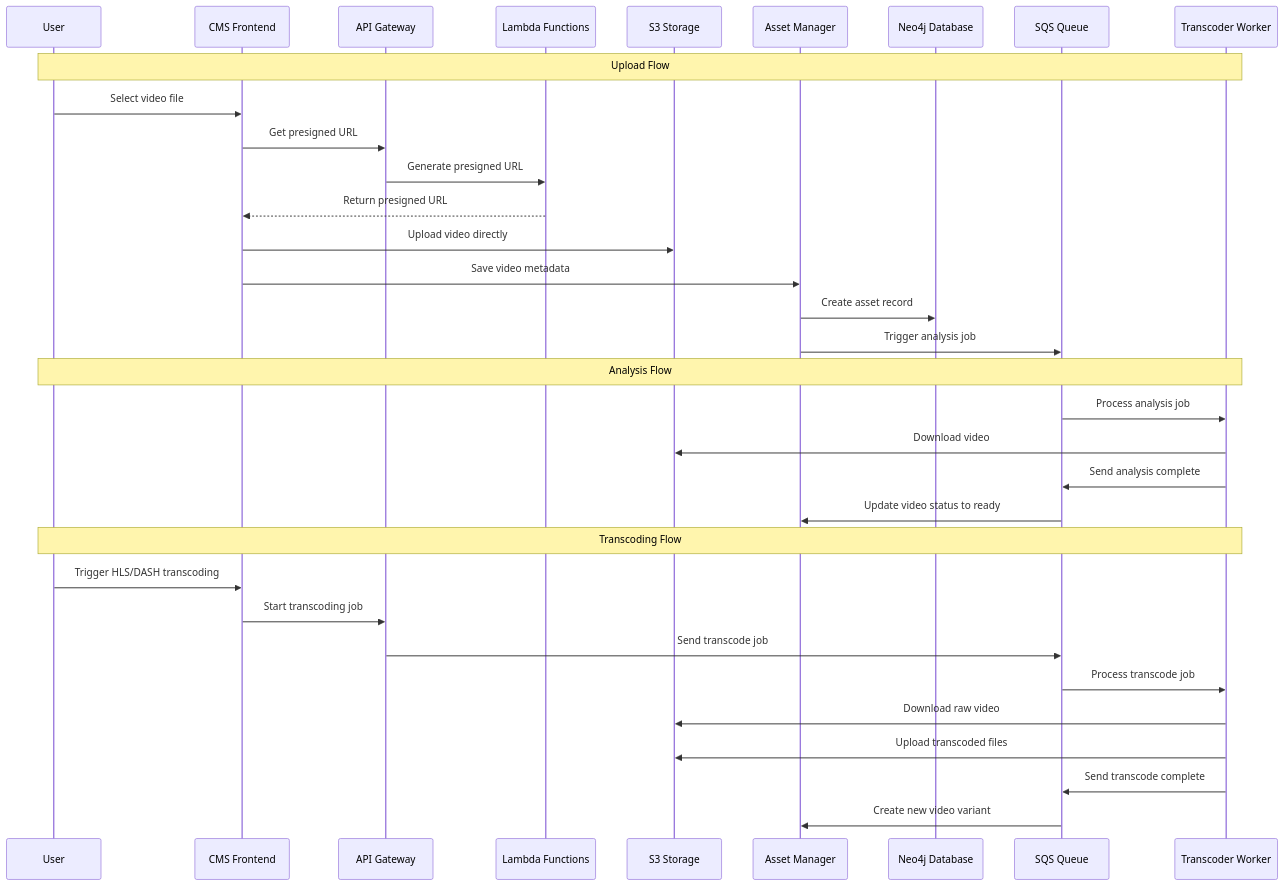
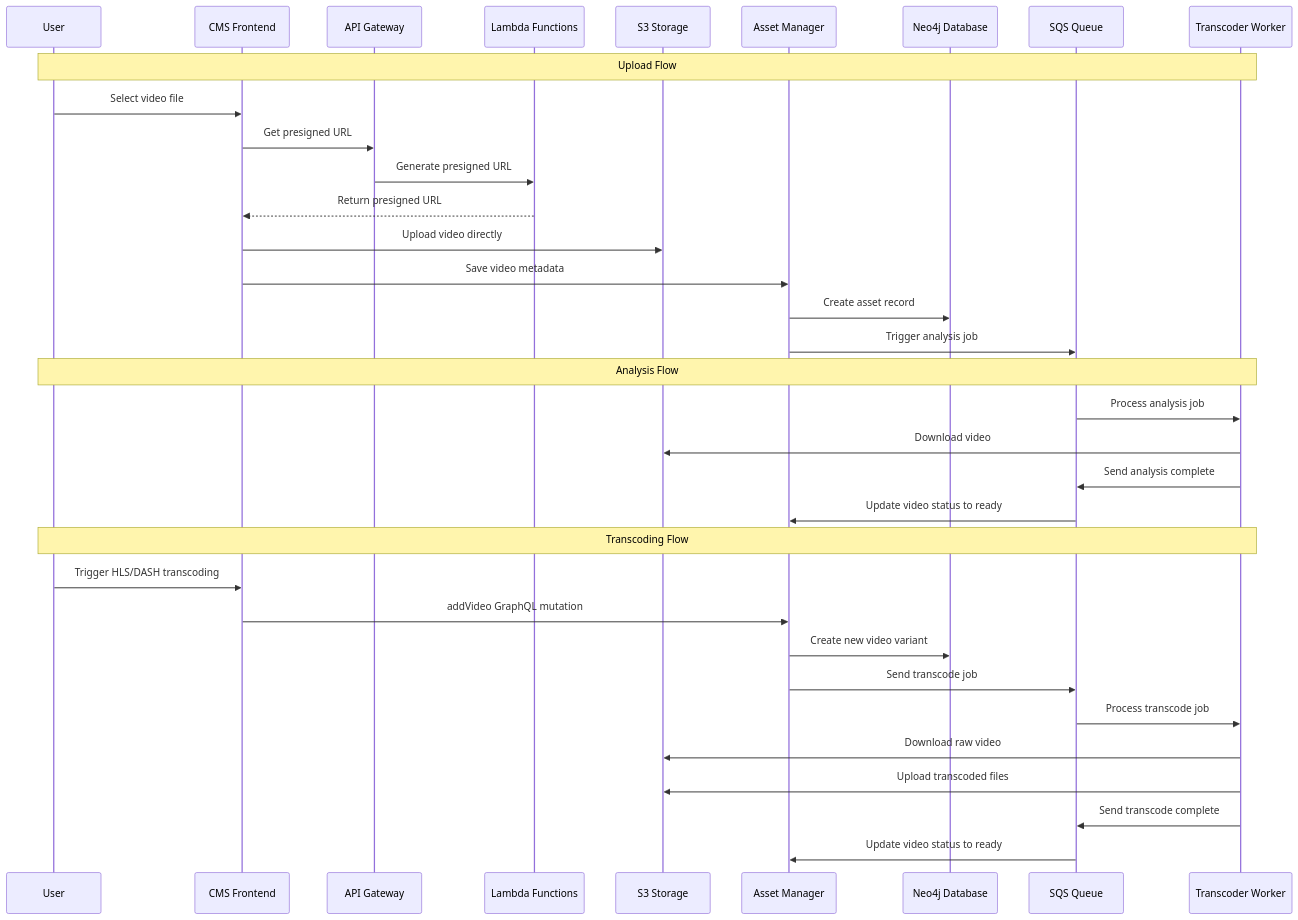
One commit to serdarburakguneri/hobby-streamer changed the diagram in docs/video-upload-transcode-sequence.md. Above: the diagram before and after it, drawn with Mermaid. The commit also changed other lines of this file and 25 other files, not shown here.

Commit message:
video transcoding flow simplified, made robust with retries and dls and retry mechanism in ui

````diff
--- a/docs/video-upload-transcode-sequence.md
+++ b/docs/video-upload-transcode-sequence.md
@@ -7,38 +7,39 @@
 ```mermaid
 sequenceDiagram
     participant User as User
     participant CMS as CMS Frontend
     participant API as API Gateway
     participant Lambda as Lambda Functions
     participant S3 as S3 Storage
     participant AssetMgr as Asset Manager
     participant Neo4j as Neo4j Database
     participant SQS as SQS Queue
     participant Transcoder as Transcoder Worker
 
     Note over User,Transcoder: Upload Flow
     User->>CMS: Select video file
     CMS->>API: Get presigned URL
     API->>Lambda: Generate presigned URL
     Lambda-->>CMS: Return presigned URL
     CMS->>S3: Upload video directly
     CMS->>AssetMgr: Save video metadata
     AssetMgr->>Neo4j: Create asset record
     AssetMgr->>SQS: Trigger analysis job
 
     Note over User,Transcoder: Analysis Flow
     SQS->>Transcoder: Process analysis job
     Transcoder->>S3: Download video
     Transcoder->>SQS: Send analysis complete
     SQS->>AssetMgr: Update video status to ready
 
     Note over User,Transcoder: Transcoding Flow
     User->>CMS: Trigger HLS/DASH transcoding
-    CMS->>API: Start transcoding job
-    API->>SQS: Send transcode job
+    CMS->>AssetMgr: addVideo GraphQL mutation
+    AssetMgr->>Neo4j: Create new video variant
+    AssetMgr->>SQS: Send transcode job
     SQS->>Transcoder: Process transcode job
     Transcoder->>S3: Download raw video
     Transcoder->>S3: Upload transcoded files
     Transcoder->>SQS: Send transcode complete
-    SQS->>AssetMgr: Create new video variant
+    SQS->>AssetMgr: Update video status to ready
 ```
````
